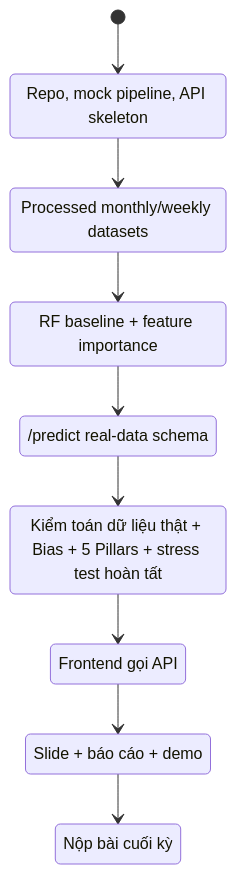
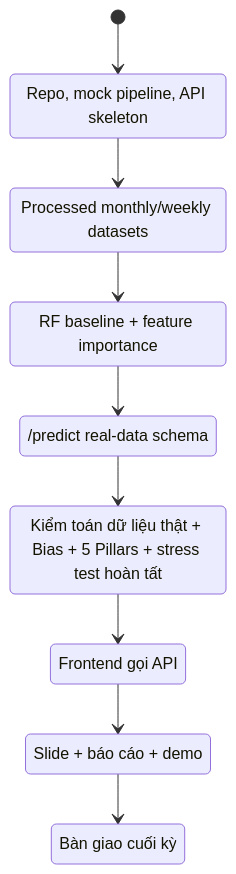
One commit to uit-25730067-chithanh/AI002-Team22-DT10 changed the seventh of 8 diagrams in docs/project-roadmap.md. Above: the diagram before and after it, drawn with Mermaid. The commit also changed other lines of this file and 26 other files, not shown here.

````diff
--- a/docs/project-roadmap.md
+++ b/docs/project-roadmap.md
@@ -194,20 +194,20 @@
 ```mermaid
 stateDiagram-v2
     [*] --> Foundation
     Foundation --> RealData
     RealData --> BaselineModel
     BaselineModel --> APIContract
     APIContract --> Evaluation
     Evaluation --> FrontendIntegration
     FrontendIntegration --> ReportAndDemo
-    ReportAndDemo --> Submission
+    ReportAndDemo --> FinalHandoff
 
     Foundation: Repo, mock pipeline, API skeleton
     RealData: Processed monthly/weekly datasets
     BaselineModel: RF baseline + feature importance
     APIContract: /predict real-data schema
     Evaluation: Kiểm toán dữ liệu thật + Bias + 5 Pillars + stress test hoàn tất
     FrontendIntegration: Frontend gọi API
     ReportAndDemo: Slide + báo cáo + demo
-    Submission: Nộp bài cuối kỳ
+    FinalHandoff: Bàn giao cuối kỳ
 ```
````
